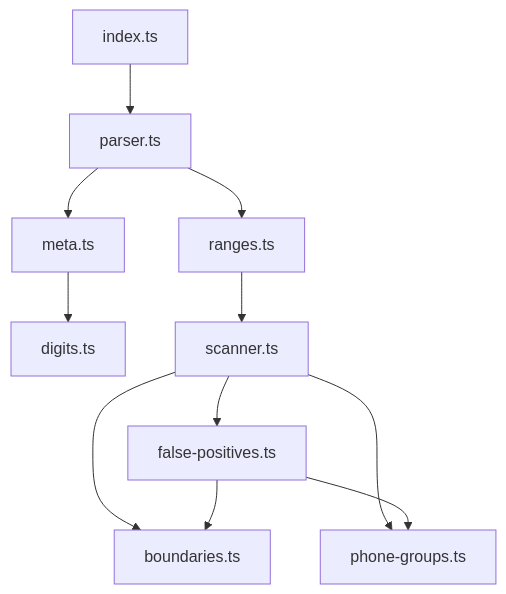
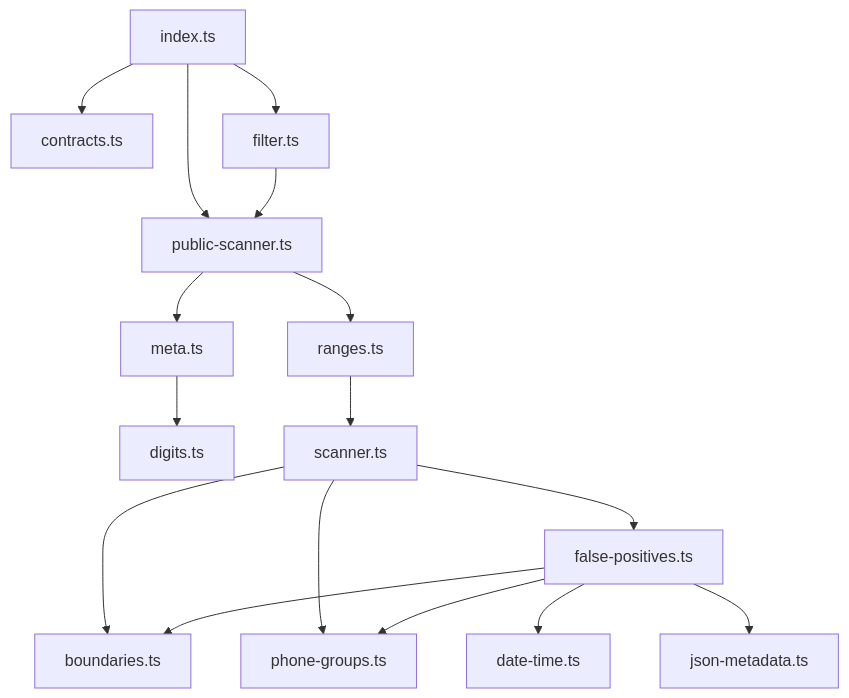
The second of 2 diagrams in packages/phone/docs/architecture.md (textfilters/textfilters), drawn with Mermaid before and after one commit. The commit also changed other lines of this file and 8 other files, not shown here.

````diff
--- a/packages/phone/docs/architecture.md
+++ b/packages/phone/docs/architecture.md
@@ -50,13 +50,18 @@
 ```mermaid
 graph TD
-  index["index.ts"] --> parser["parser.ts"]
-  parser --> meta["meta.ts"]
-  parser --> ranges["ranges.ts"]
+  index["index.ts"] --> contracts["contracts.ts"]
+  index --> filter["filter.ts"]
+  index --> publicScanner["public-scanner.ts"]
+  filter --> publicScanner
+  publicScanner --> meta["meta.ts"]
+  publicScanner --> ranges["ranges.ts"]
   meta --> digits["digits.ts"]
   ranges --> scanner["scanner.ts"]
   scanner --> boundaries["boundaries.ts"]
   scanner --> groups["phone-groups.ts"]
   scanner --> fp["false-positives.ts"]
+  fp --> dateTime["date-time.ts"]
+  fp --> json["json-metadata.ts"]
   fp --> boundaries
   fp --> groups
 ```
````
